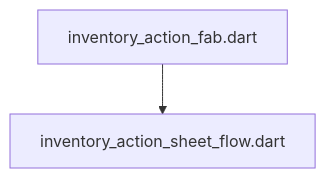
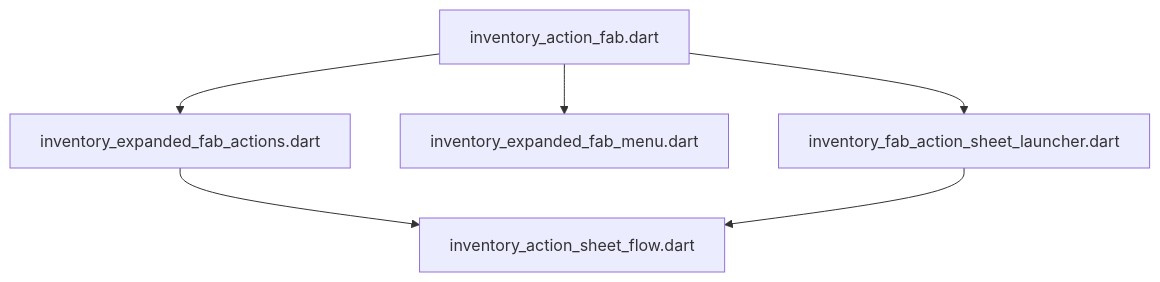
One commit to repinw/yamt changed the diagram in lib/features/home/widgets/DEPS.md. Above: the diagram before and after it, drawn with Mermaid. The commit also changed 100 other files, not shown here.

````diff
--- a/lib/features/home/widgets/DEPS.md
+++ b/lib/features/home/widgets/DEPS.md
@@ -6,4 +6,8 @@
 ```mermaid
 flowchart TD;
-inventory_action_fab.dart-->inventory_action_sheet_flow.dart;
+inventory_action_fab.dart-->inventory_expanded_fab_actions.dart;
+inventory_action_fab.dart-->inventory_expanded_fab_menu.dart;
+inventory_action_fab.dart-->inventory_fab_action_sheet_launcher.dart;
+inventory_expanded_fab_actions.dart-->inventory_action_sheet_flow.dart;
+inventory_fab_action_sheet_launcher.dart-->inventory_action_sheet_flow.dart;
 ```
````
